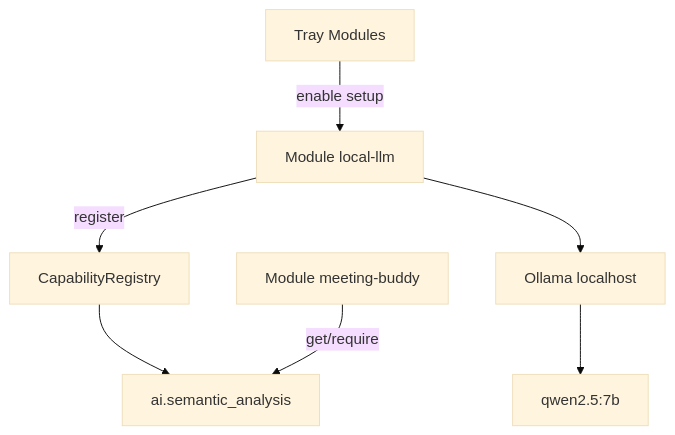
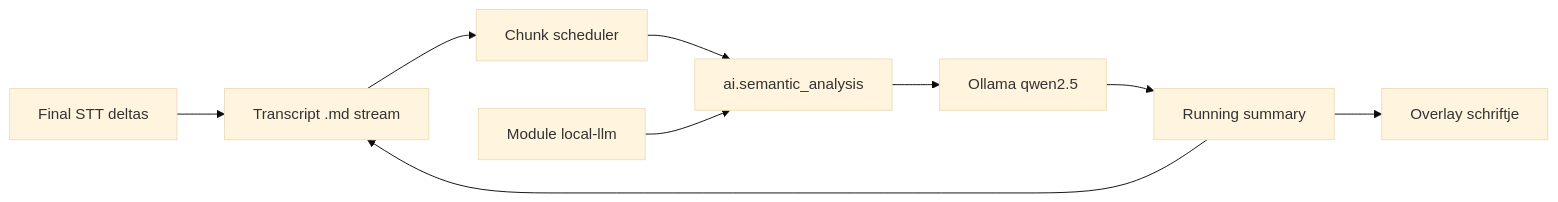
One commit to benvankruistum/praatMaar changed the diagram in docs/superpowers/specs/2026-07-23-local-llm-module-design.md. Above: the diagram before and after it, drawn with Mermaid (base theme). The commit also changed other lines of this file and 2 other files, not shown here.

First line of the commit message:
docs: phase Meeting Buddy LLM — live summary first

````diff
--- a/docs/superpowers/specs/2026-07-23-local-llm-module-design.md
+++ b/docs/superpowers/specs/2026-07-23-local-llm-module-design.md
@@ -126,17 +74,20 @@
 ```mermaid
-flowchart TB
-  modulesUi[Tray Modules]
+flowchart LR
+  stt[Final STT deltas]
+  journal[Transcript .md stream]
+  sched[Chunk scheduler]
+  caps["ai.semantic_analysis"]
   localLlm[Module local-llm]
-  caps[CapabilityRegistry]
-  sa["ai.semantic_analysis"]
-  mb[Module meeting-buddy]
-  ollama[Ollama localhost]
-  qwen[qwen2.5:7b]
+  ollama[Ollama qwen2.5]
+  summary[Running summary]
+  ui[Overlay schriftje]
 
-  modulesUi -->|enable setup| localLlm
-  localLlm -->|register| caps
-  caps --> sa
-  mb -->|get/require| sa
-  localLlm --> ollama
-  ollama --> qwen
+  stt --> journal
+  journal --> sched
+  sched --> caps
+  localLlm --> caps
+  caps --> ollama
+  ollama --> summary
+  summary --> ui
+  summary --> journal
 ```
````
